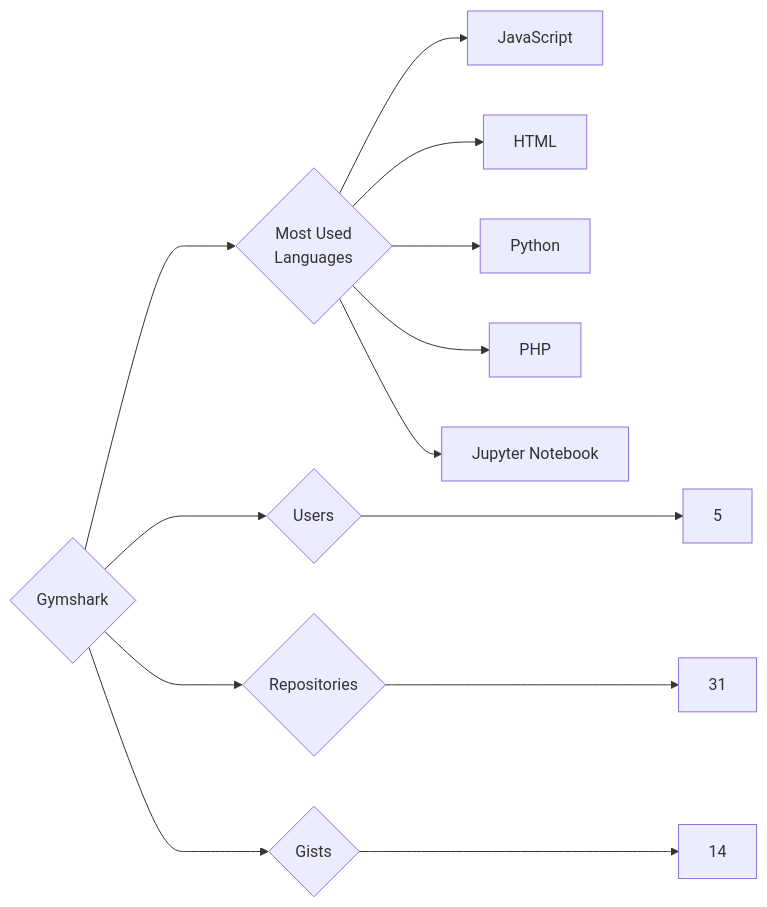
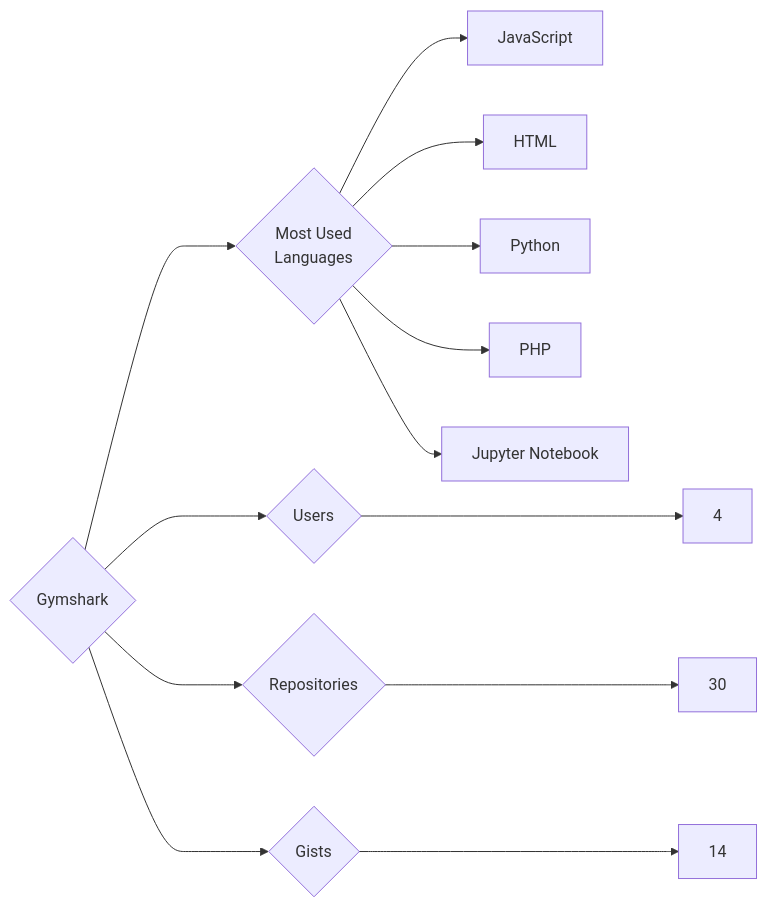
Before and after one commit to trickest/insiders: the diagram in targets/Gymshark/README.md, drawn with Mermaid. The commit also changed 1084 other files, not shown here.

````diff
--- a/targets/Gymshark/README.md
+++ b/targets/Gymshark/README.md
@@ -3,13 +3,13 @@
 ```mermaid
 graph LR
 COMPANY_NAME{Gymshark}
-COMPANY_NAME ---> U{Users} ---> UN[5]
-COMPANY_NAME ---> R{Repositories} ---> RN[31]
+COMPANY_NAME ---> U{Users} ---> UN[4]
+COMPANY_NAME ---> R{Repositories} ---> RN[30]
 COMPANY_NAME ---> G{Gists} ---> GN[14]
 COMPANY_NAME ---> ML{Most Used<br>Languages}
 ML --> JavaScript[JavaScript]
 ML --> HTML[HTML]
 ML --> Python[Python]
 ML --> PHP[PHP]
 ML --> Jupyter_Notebook[Jupyter Notebook]
 ```
````
